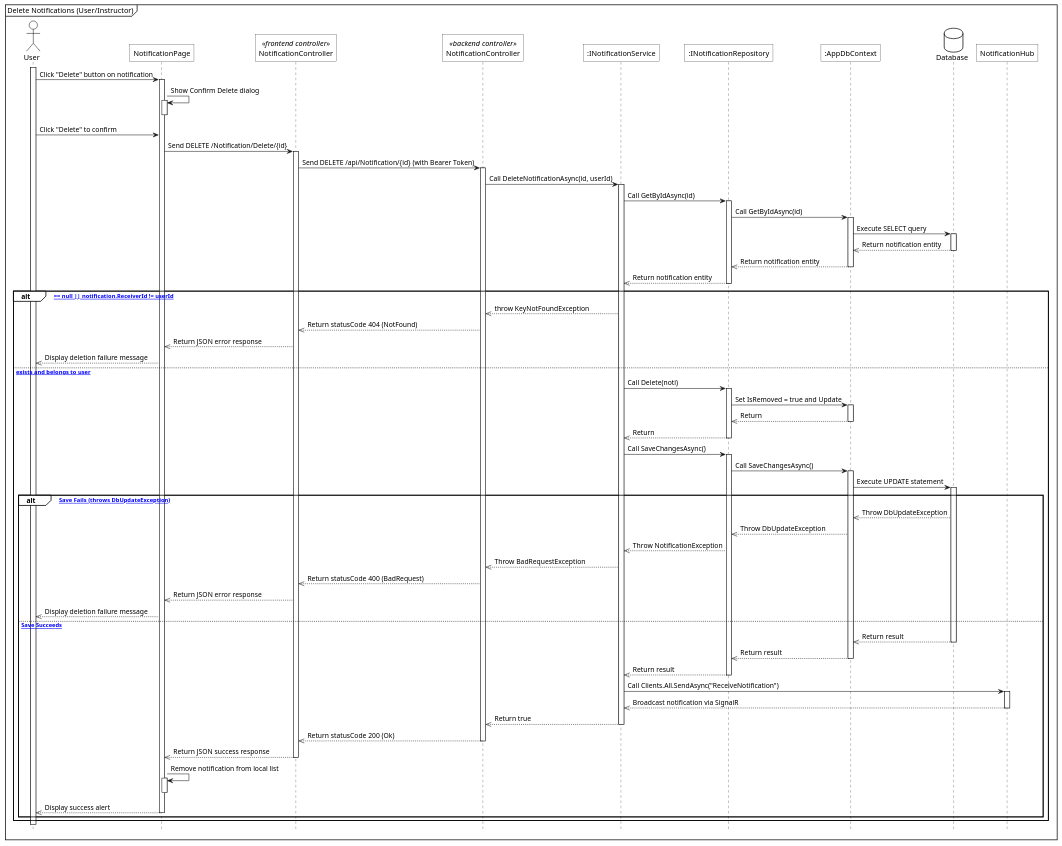
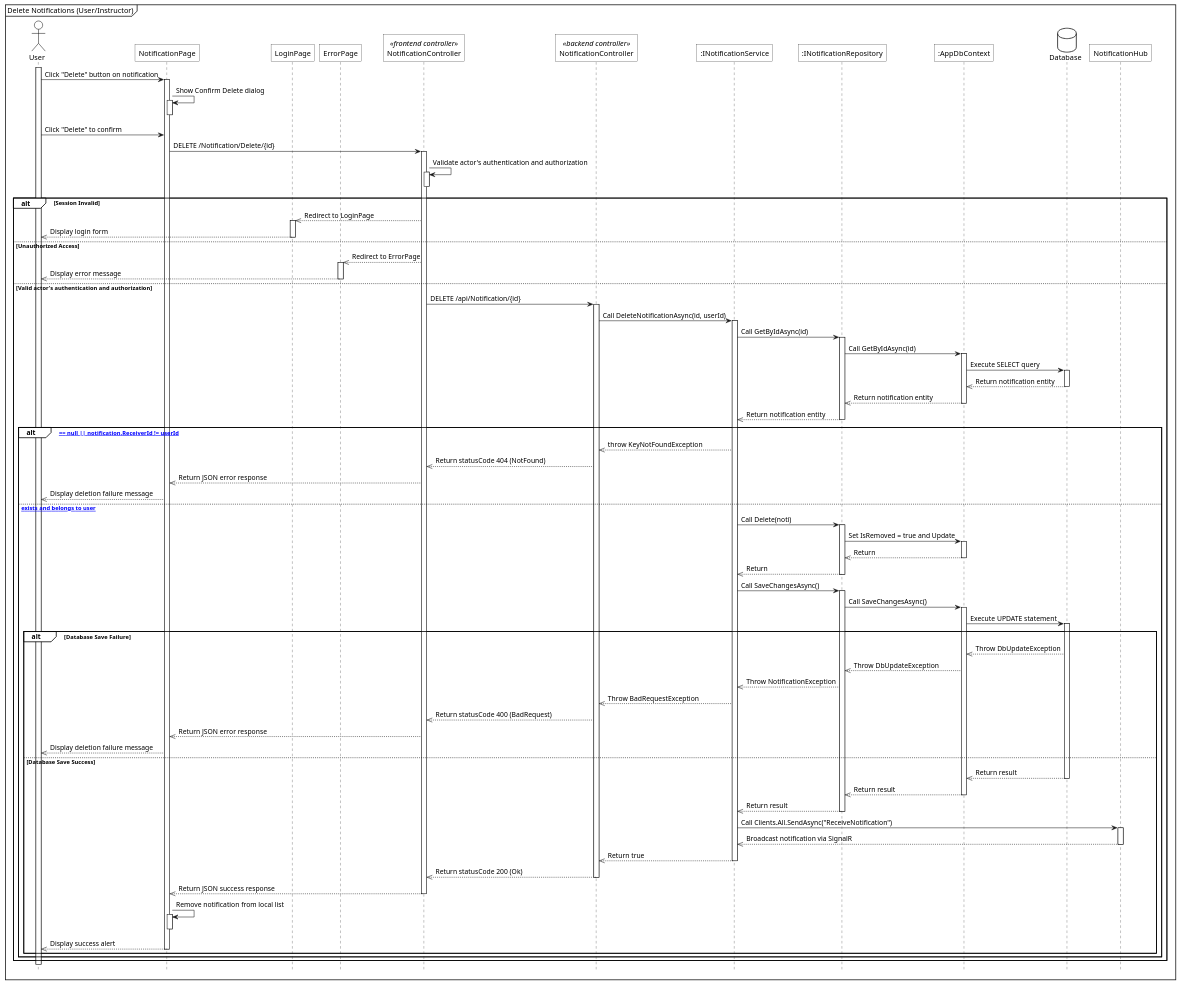
One commit to 1000do/Linked changed the diagram in diagrams/sequence/notification/sq_delete_notification.plantuml. Above: the diagram before and after it, drawn with PlantUML. The commit also changed 30 other files, not shown here.

Commit message:
feat: add sequence diagrams for chat, notification, and instructor application management modules

```diff
--- a/diagrams/sequence/notification/sq_delete_notification.plantuml
+++ b/diagrams/sequence/notification/sq_delete_notification.plantuml
@@ -1,99 +1,115 @@
 @startuml
 <style>
     sequenceDiagram{
         actor{
             BackgroundColor white
             LineThickness 1.0
         }
         participant{
             BackgroundColor white
             RoundCorner 0
         }
         database{
             BackgroundColor white
         }
         groupHeader{
             BackgroundColor white
         }
         referenceHeader{
             BackgroundColor white
         }
         reference{
             BackgroundColor white
         }
     }
 </style>
 
 hide footbox
 
 mainframe Delete Notifications (User/Instructor)
 
 actor User as act
 participant "NotificationPage" as view
+participant "LoginPage" as login_view
+participant "ErrorPage" as error_page
 participant "NotificationController" as fe_ctrl <<frontend controller>>
 participant "NotificationController" as be_ctrl <<backend controller>>
 participant ":INotificationService" as sv
 participant ":INotificationRepository" as repo
 participant ":AppDbContext" as ctx
 database Database as db
 participant "NotificationHub" as hub
 
 act++
 act->view++: Click "Delete" button on notification
 view->view++: Show Confirm Delete dialog
 view--
 act->view: Click "Delete" to confirm
 
-view->fe_ctrl++: Send DELETE /Notification/Delete/{id}
-fe_ctrl->be_ctrl++: Send DELETE /api/Notification/{id} (with Bearer Token)
+view->fe_ctrl++: DELETE /Notification/Delete/{id}
 
-be_ctrl->sv++: Call DeleteNotificationAsync(id, userId)
+fe_ctrl -> fe_ctrl++: Validate actor's authentication and authorization
+fe_ctrl--
+
+alt Session Invalid
+    fe_ctrl -->> login_view: Redirect to LoginPage
+    activate login_view
+    login_view -->> act--: Display login form
+else Unauthorized Access
+    fe_ctrl -->> error_page: Redirect to ErrorPage
+    activate error_page
+    error_page -->> act--: Display error message
+else Valid actor's authentication and authorization
+    fe_ctrl->be_ctrl++: DELETE /api/Notification/{id}
+    
+    be_ctrl->sv++: Call DeleteNotificationAsync(id, userId)
 sv->repo++: Call GetByIdAsync(id)
 repo->ctx++: Call GetByIdAsync(id)
 ctx->db++: Execute SELECT query
 db-->>ctx--: Return notification entity
 ctx-->>repo--: Return notification entity
 repo-->>sv--: Return notification entity
 
 alt [notification == null || notification.ReceiverId != userId]
     sv-->>be_ctrl: throw KeyNotFoundException
     be_ctrl-->>fe_ctrl: Return statusCode 404 (NotFound)
     fe_ctrl-->>view: Return JSON error response
     view-->>act: Display deletion failure message
 else [notification exists and belongs to user]
     sv->repo++: Call Delete(noti)
     repo->ctx++: Set IsRemoved = true and Update
     ctx-->>repo--: Return
     repo-->>sv--: Return
     
     sv->repo++: Call SaveChangesAsync()
     repo->ctx++: Call SaveChangesAsync()
     ctx->db++: Execute UPDATE statement
     
-    alt [Database Save Fails (throws DbUpdateException)]
+    alt Database Save Failure
         db-->>ctx: Throw DbUpdateException
         ctx-->>repo: Throw DbUpdateException
         repo-->>sv: Throw NotificationException
         sv-->>be_ctrl: Throw BadRequestException
         be_ctrl-->>fe_ctrl: Return statusCode 400 (BadRequest)
         fe_ctrl-->>view: Return JSON error response
         view-->>act: Display deletion failure message
-    else [Database Save Succeeds]
+    else Database Save Success
         db-->>ctx--: Return result
         ctx-->>repo--: Return result
         repo-->>sv--: Return result
         
         sv->hub++: Call Clients.All.SendAsync("ReceiveNotification")
         hub-->>sv: Broadcast notification via SignalR
         hub--
         
         sv-->>be_ctrl--: Return true
         be_ctrl-->>fe_ctrl--: Return statusCode 200 (Ok)
         fe_ctrl-->>view--: Return JSON success response
         view->view++: Remove notification from local list
         view--
         view-->>act--: Display success alert
     end
 end
+end
 
 @enduml
```
